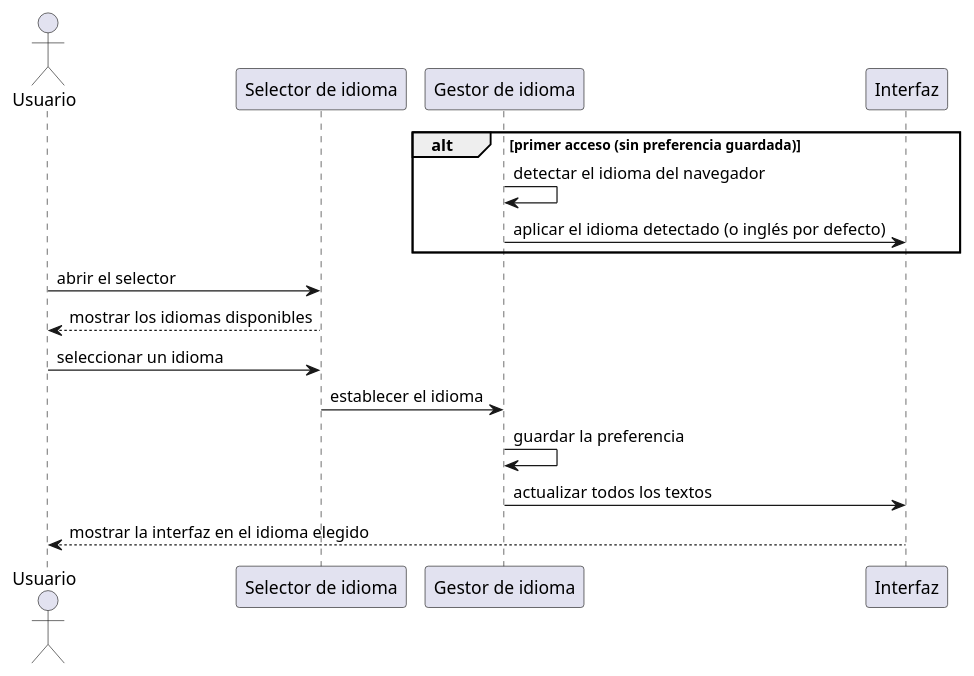
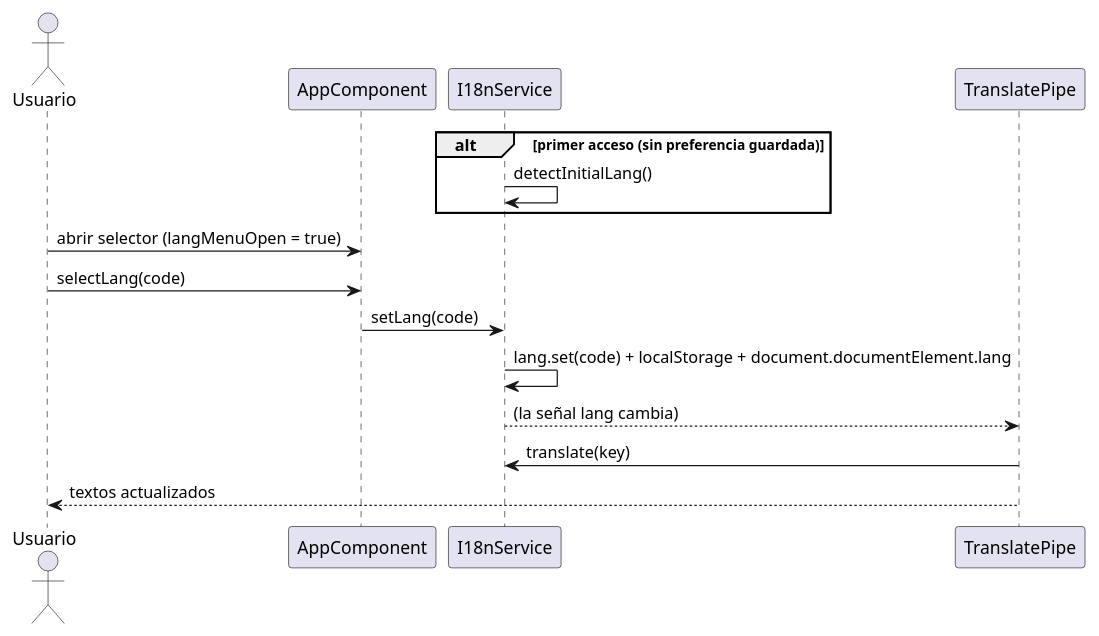
Before and after one commit to IgnacioMol/Epicycloid_generator: the fifth of 5 diagrams in claude/memoria-cap5-diseno.md, drawn with PlantUML. The commit also changed other lines of this file and 1 other file, not shown here.

````diff
--- a/claude/memoria-cap5-diseno.md
+++ b/claude/memoria-cap5-diseno.md
@@ -230,21 +241,20 @@
 ```plantuml
 @startuml SecCambiarIdiomaDiseno
 actor Usuario
-participant "Selector de idioma" as SI
-participant "Gestor de idioma" as GI
-participant "Interfaz" as IF
+participant "AppComponent" as APP
+participant "I18nService" as I18N
+participant "TranslatePipe" as TP
 
 alt primer acceso (sin preferencia guardada)
-  GI -> GI : detectar el idioma del navegador
-  GI -> IF : aplicar el idioma detectado (o inglés por defecto)
+  I18N -> I18N : detectInitialLang()
 end
 
-Usuario -> SI : abrir el selector
-SI --> Usuario : mostrar los idiomas disponibles
-Usuario -> SI : seleccionar un idioma
-SI -> GI : establecer el idioma
-GI -> GI : guardar la preferencia
-GI -> IF : actualizar todos los textos
-IF --> Usuario : mostrar la interfaz en el idioma elegido
+Usuario -> APP : abrir selector (langMenuOpen = true)
+Usuario -> APP : selectLang(code)
+APP -> I18N : setLang(code)
+I18N -> I18N : lang.set(code) + localStorage + document.documentElement.lang
+I18N --> TP : (la señal lang cambia)
+TP -> I18N : translate(key)
+TP --> Usuario : textos actualizados
 @enduml
 ```
````
